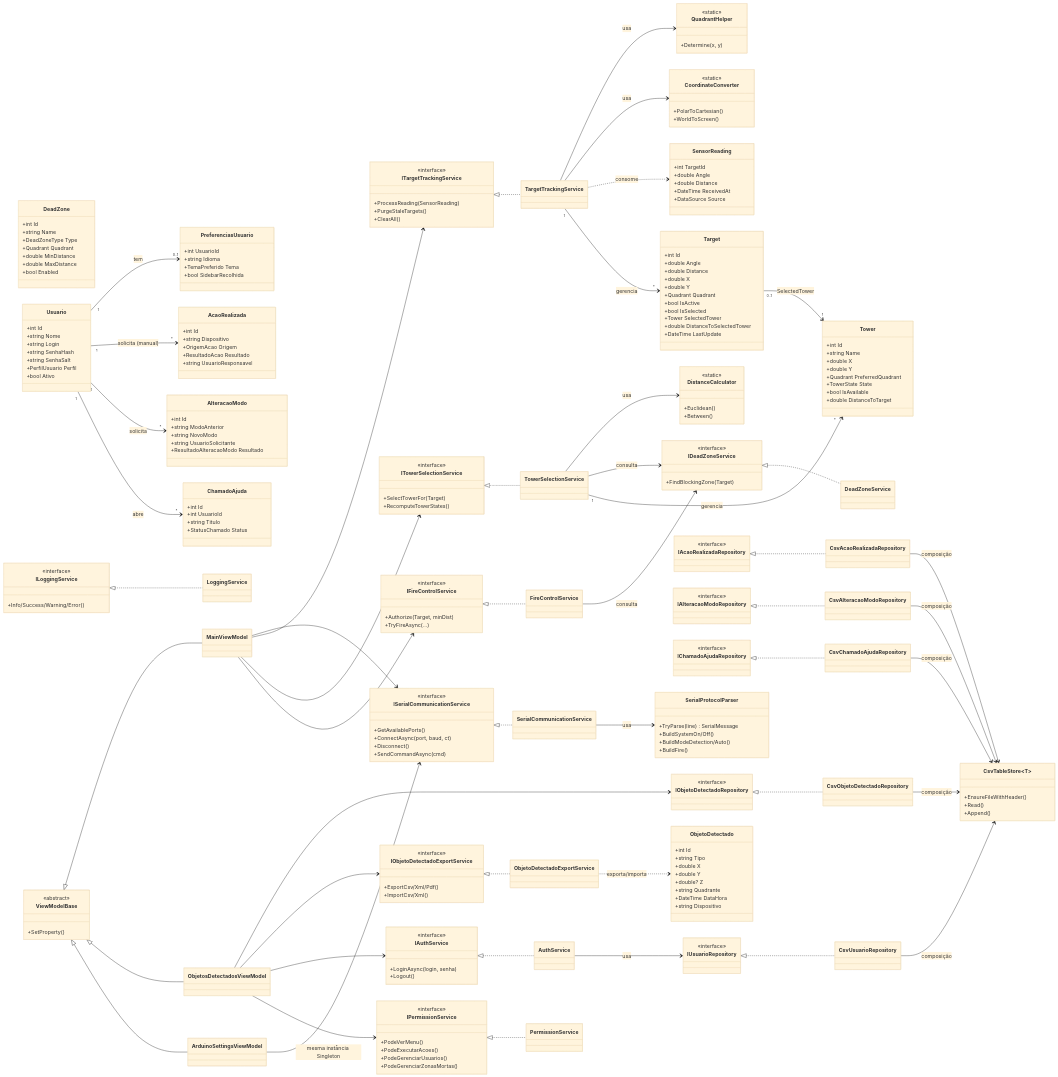
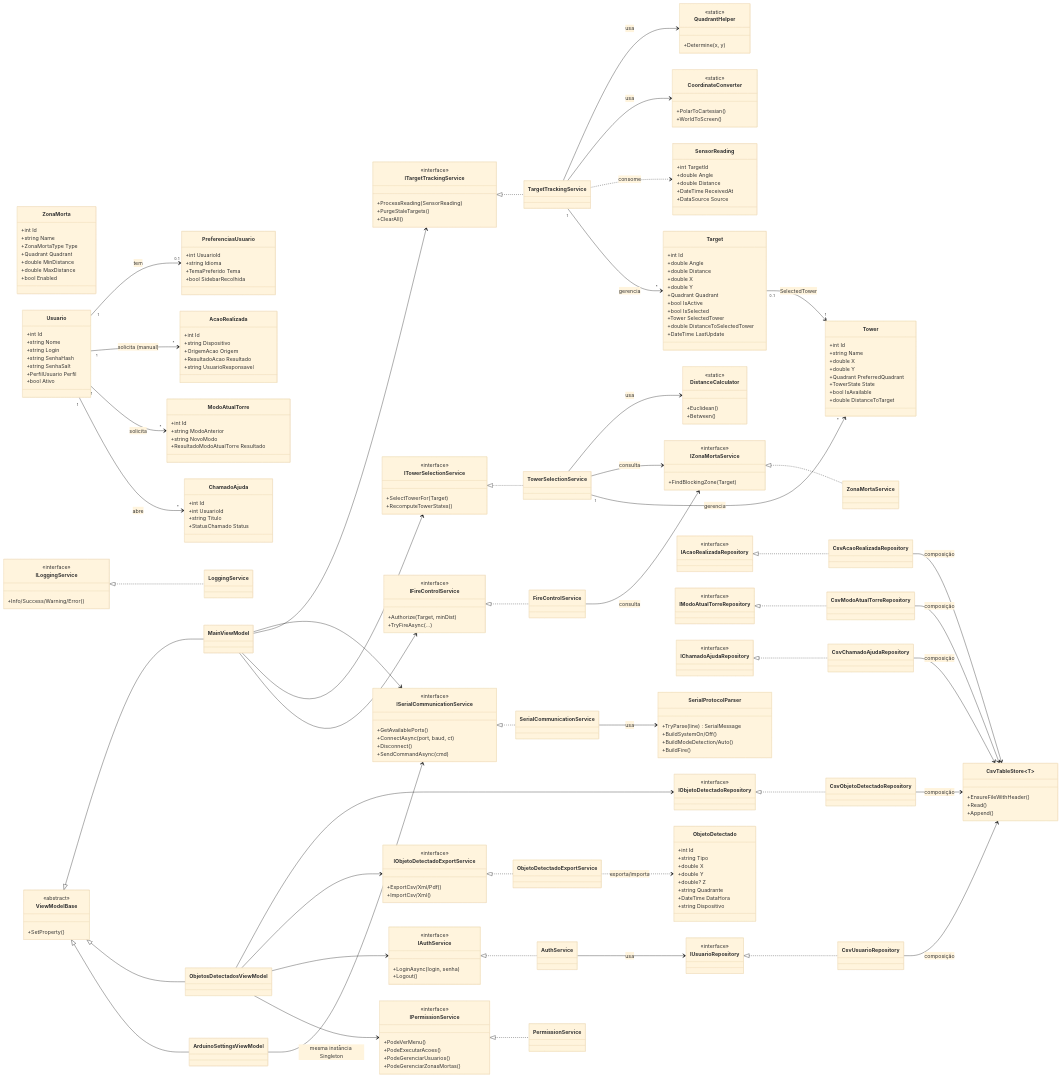
One commit to Matheus-Emanoel-Souza/Sistema_Rastreamento_Alvos_Arduino changed the diagram in Docs/Documentos_Entregaveis/Diagrama_de_Classes/Diagrama_de_Classes.md. Above: the diagram before and after it, drawn with Mermaid (base theme). The commit also changed other lines of this file and 52 other files, not shown here.

First line of the commit message:
refactor: renomeia DeadZone/AlteracaoModo e remove modulo ChamadoAjuda

````diff
--- a/Docs/Documentos_Entregaveis/Diagrama_de_Classes/Diagrama_de_Classes.md
+++ b/Docs/Documentos_Entregaveis/Diagrama_de_Classes/Diagrama_de_Classes.md
@@ -131,10 +131,10 @@
         +DateTime ReceivedAt
         +DataSource Source
     }
-    class DeadZone {
+    class ZonaMorta {
         +int Id
         +string Name
-        +DeadZoneType Type
+        +ZonaMortaType Type
         +Quadrant Quadrant
         +double MinDistance
         +double MaxDistance
@@ -166,12 +166,11 @@
         +ResultadoAcao Resultado
         +string UsuarioResponsavel
     }
-    class AlteracaoModo {
+    class ModoAtualTorre {
         +int Id
         +string ModoAnterior
         +string NovoModo
-        +string UsuarioSolicitante
-        +ResultadoAlteracaoModo Resultado
+        +ResultadoModoAtualTorre Resultado
     }
     class PreferenciasUsuario {
         +int UsuarioId
@@ -220,11 +219,11 @@
         +TryFireAsync(...)
     }
     class FireControlService
-    class IDeadZoneService {
+    class IZonaMortaService {
         <<interface>>
         +FindBlockingZone(Target)
     }
-    class DeadZoneService
+    class ZonaMortaService
     class IAuthService {
         <<interface>>
         +LoginAsync(login, senha)
@@ -263,8 +262,8 @@
     class CsvObjetoDetectadoRepository
     class IAcaoRealizadaRepository { <<interface>> }
     class CsvAcaoRealizadaRepository
-    class IAlteracaoModoRepository { <<interface>> }
-    class CsvAlteracaoModoRepository
+    class IModoAtualTorreRepository { <<interface>> }
+    class CsvModoAtualTorreRepository
     class IChamadoAjudaRepository { <<interface>> }
     class CsvChamadoAjudaRepository
 
@@ -298,7 +297,7 @@
     ITargetTrackingService <|.. TargetTrackingService
     ITowerSelectionService <|.. TowerSelectionService
     IFireControlService <|.. FireControlService
-    IDeadZoneService <|.. DeadZoneService
+    IZonaMortaService <|.. ZonaMortaService
     IAuthService <|.. AuthService
     IPermissionService <|.. PermissionService
     ILoggingService <|.. LoggingService
@@ -306,15 +305,15 @@
     IUsuarioRepository <|.. CsvUsuarioRepository
     IObjetoDetectadoRepository <|.. CsvObjetoDetectadoRepository
     IAcaoRealizadaRepository <|.. CsvAcaoRealizadaRepository
-    IAlteracaoModoRepository <|.. CsvAlteracaoModoRepository
+    IModoAtualTorreRepository <|.. CsvModoAtualTorreRepository
     IChamadoAjudaRepository <|.. CsvChamadoAjudaRepository
 
     SerialCommunicationService --> SerialProtocolParser : usa
     TargetTrackingService --> QuadrantHelper : usa
     TargetTrackingService --> CoordinateConverter : usa
     TowerSelectionService --> DistanceCalculator : usa
-    TowerSelectionService --> IDeadZoneService : consulta
-    FireControlService --> IDeadZoneService : consulta
+    TowerSelectionService --> IZonaMortaService : consulta
+    FireControlService --> IZonaMortaService : consulta
     TargetTrackingService ..> SensorReading : consome
     TargetTrackingService "1" --> "*" Target : gerencia
     TowerSelectionService "1" --> "*" Tower : gerencia
@@ -325,7 +324,7 @@
     CsvUsuarioRepository --> CsvTableStore~T~ : composição
     CsvObjetoDetectadoRepository --> CsvTableStore~T~ : composição
     CsvAcaoRealizadaRepository --> CsvTableStore~T~ : composição
-    CsvAlteracaoModoRepository --> CsvTableStore~T~ : composição
+    CsvModoAtualTorreRepository --> CsvTableStore~T~ : composição
     CsvChamadoAjudaRepository --> CsvTableStore~T~ : composição
 
     ViewModelBase <|-- MainViewModel
@@ -344,6 +343,6 @@
 
     Usuario "1" --> "0..1" PreferenciasUsuario : tem
     Usuario "1" --> "*" AcaoRealizada : solicita (manual)
-    Usuario "1" --> "*" AlteracaoModo : solicita
+    Usuario "1" --> "*" ModoAtualTorre : solicita
     Usuario "1" --> "*" ChamadoAjuda : abre
 ```
````
